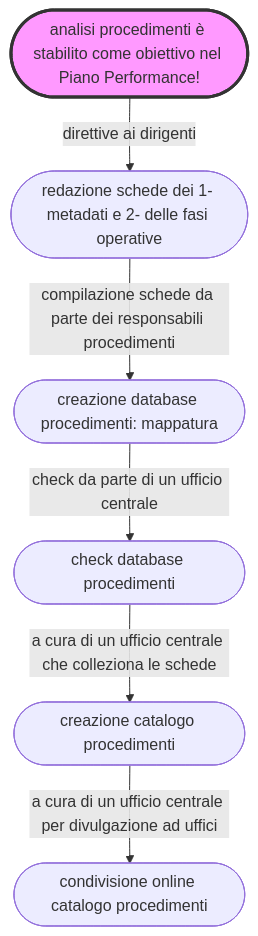
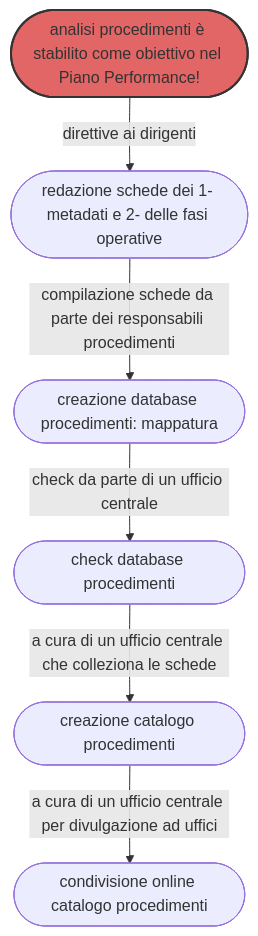
Before and after one commit to UO-TransizioneDigitaleComunePalermo/mappatura-procedimenti-amministrativi: the diagram in docs/index.md, drawn with Mermaid. The commit also changed other lines of this file, not shown here.

````diff
--- a/docs/index.md
+++ b/docs/index.md
@@ -21,9 +21,9 @@
 ``` mermaid
 graph TD
 A([analisi procedimenti è stabilito come obiettivo nel Piano Performance!]) -->|direttive ai dirigenti| B([redazione schede dei 1- metadati e 2- delle fasi operative])
 B -->|compilazione schede da parte dei responsabili procedimenti| C([creazione database procedimenti: mappatura]) 
 C -->|check da parte di un ufficio centrale| D([check database procedimenti]) 
 D -->|a cura di un ufficio centrale che colleziona le schede| E([creazione catalogo procedimenti]) 
 E -->|a cura di un ufficio centrale per divulgazione ad uffici| F([condivisione online catalogo procedimenti])
-style A fill:#f9f,stroke:#333,stroke-width:3px
+style A fill:#e36666,stroke:#333,stroke-width:2px
 ```
````
